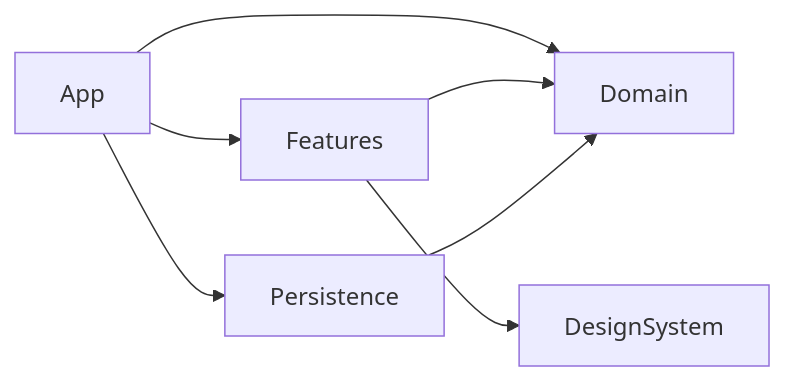
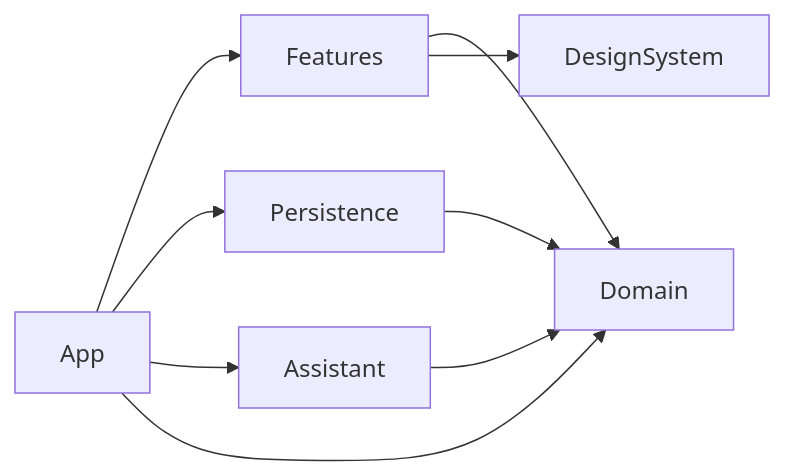
The second of 2 diagrams in Documentation/ARCHITECTURE.md (NemSothea/HanguStep), drawn with Mermaid before and after one commit. The commit also changed other lines of this file and 33 other files, not shown here.

````diff
--- a/Documentation/ARCHITECTURE.md
+++ b/Documentation/ARCHITECTURE.md
@@ -44,9 +44,11 @@
 ```mermaid
 graph LR
     App --> Features
     App --> Persistence
+    App --> Assistant
     App --> Domain
     Features --> Domain
     Features --> DesignSystem
     Persistence --> Domain
+    Assistant --> Domain
 ```
````
